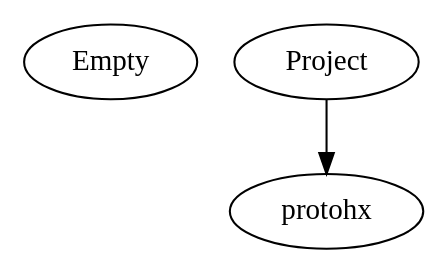
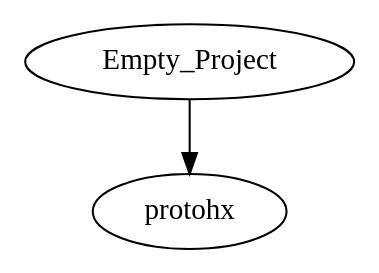
The diagram in bin/graphviz/dotFile.dot (gameduell/duell), drawn with Graphviz before and after one commit. The commit also changed 5 other files, not shown here.

```diff
--- a/bin/graphviz/dotFile.dot
+++ b/bin/graphviz/dotFile.dot
@@ -1,3 +1,3 @@
 digraph G {
-    Empty Project -> protohx;
+    Empty_Project -> protohx;
 }
```
